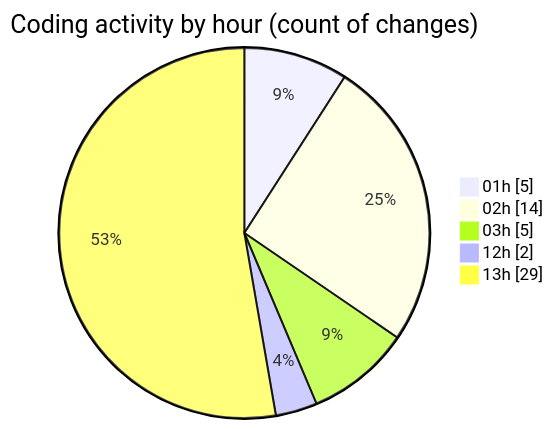
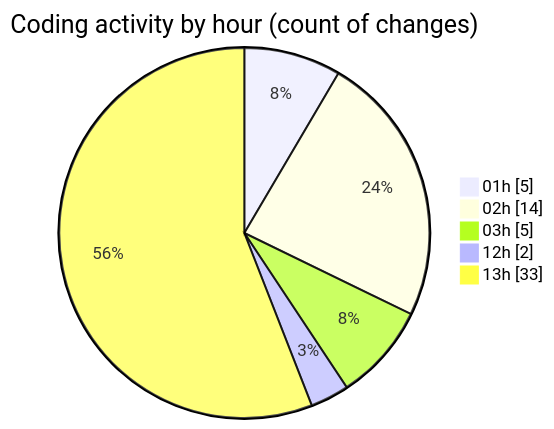
Before and after one commit to julien-gomy/code-tracking: the second of 2 diagrams in 2025-10-23/eventscop-frontend-guide__workspace_/README.md, drawn with Mermaid. The commit also changed other lines of this file and 1 other file, not shown here.

````diff
--- a/2025-10-23/eventscop-frontend-guide__workspace_/README.md
+++ b/2025-10-23/eventscop-frontend-guide__workspace_/README.md
@@ -43,9 +43,9 @@
 ```mermaid
 pie showData
 title Coding activity by hour (count of changes)
 "01h" : 5
 "02h" : 14
 "03h" : 5
 "12h" : 2
-"13h" : 29
+"13h" : 33
 ```
````
